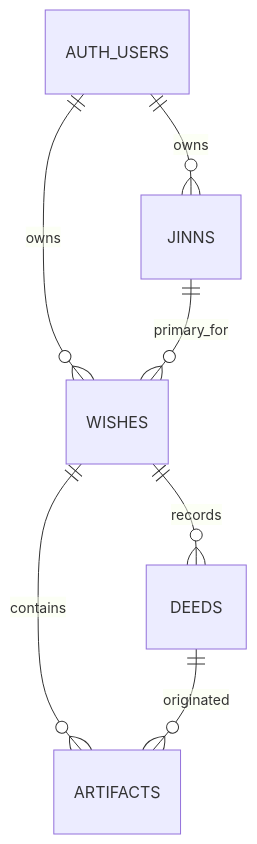
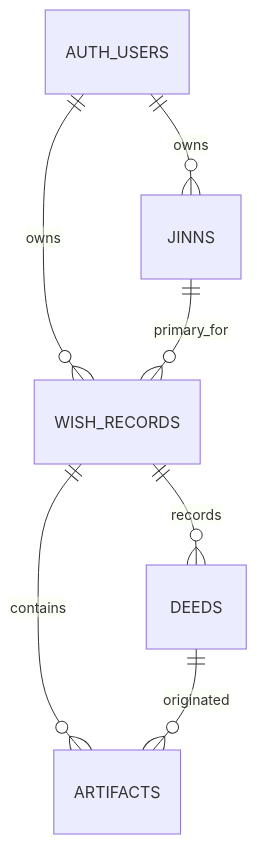
The diagram in docs/20-jinn-f03-foundation-reset.md (kirzuber/wisht), drawn with Mermaid before and after one commit. The commit also changed other lines of this file, not shown here.

````diff
--- a/docs/20-jinn-f03-foundation-reset.md
+++ b/docs/20-jinn-f03-foundation-reset.md
@@ -7,9 +7,9 @@
 ```mermaid
 erDiagram
   AUTH_USERS ||--o{ JINNS : owns
-  AUTH_USERS ||--o{ WISHES : owns
-  JINNS ||--o{ WISHES : primary_for
-  WISHES ||--o{ DEEDS : records
-  WISHES ||--o{ ARTIFACTS : contains
+  AUTH_USERS ||--o{ WISH_RECORDS : owns
+  JINNS ||--o{ WISH_RECORDS : primary_for
+  WISH_RECORDS ||--o{ DEEDS : records
+  WISH_RECORDS ||--o{ ARTIFACTS : contains
   DEEDS ||--o{ ARTIFACTS : originated
 ```
````
